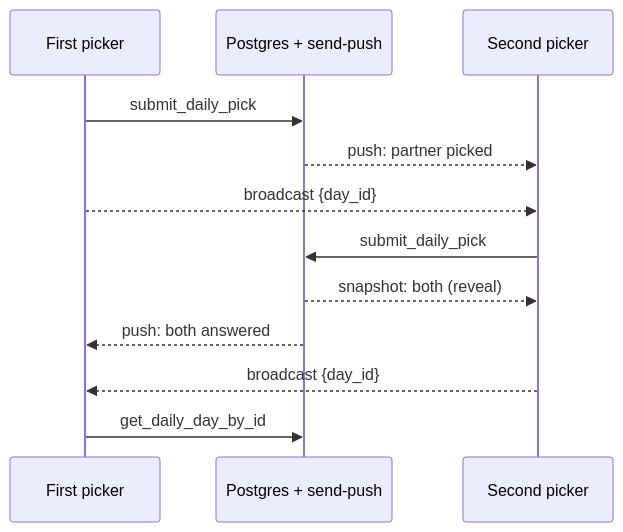
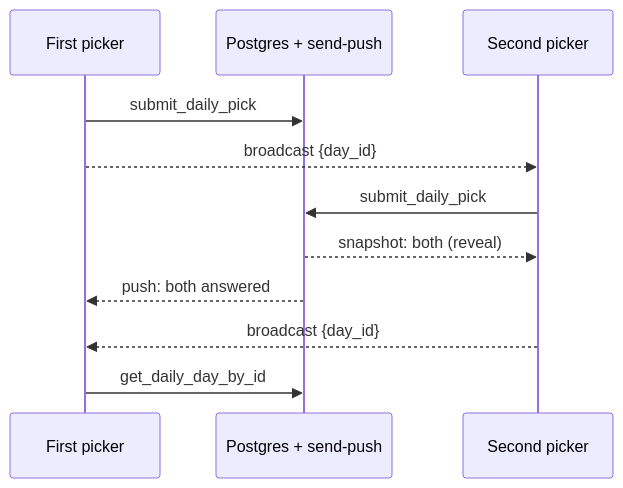
One commit to Sallvainian/My-Love changed the third of 3 diagrams in _bmad-output/initiative-my-love/architecture-daily-question/architecture-daily-question.md. Above: the diagram before and after it, drawn with Mermaid. The commit also changed other lines of this file and 31 other files, not shown here.

````diff
--- a/_bmad-output/initiative-my-love/architecture-daily-question/architecture-daily-question.md
+++ b/_bmad-output/initiative-my-love/architecture-daily-question/architecture-daily-question.md
@@ -270,14 +267,13 @@
 ```mermaid
 sequenceDiagram
   participant A as First picker
   participant DB as Postgres + send-push
   participant B as Second picker
   A->>DB: submit_daily_pick
-  DB-->>B: push: partner picked
   A-->>B: broadcast {day_id}
   B->>DB: submit_daily_pick
   DB-->>B: snapshot: both (reveal)
   DB-->>A: push: both answered
   B-->>A: broadcast {day_id}
   A->>DB: get_daily_day_by_id
 ```
````
